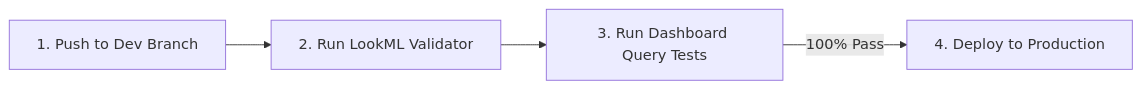
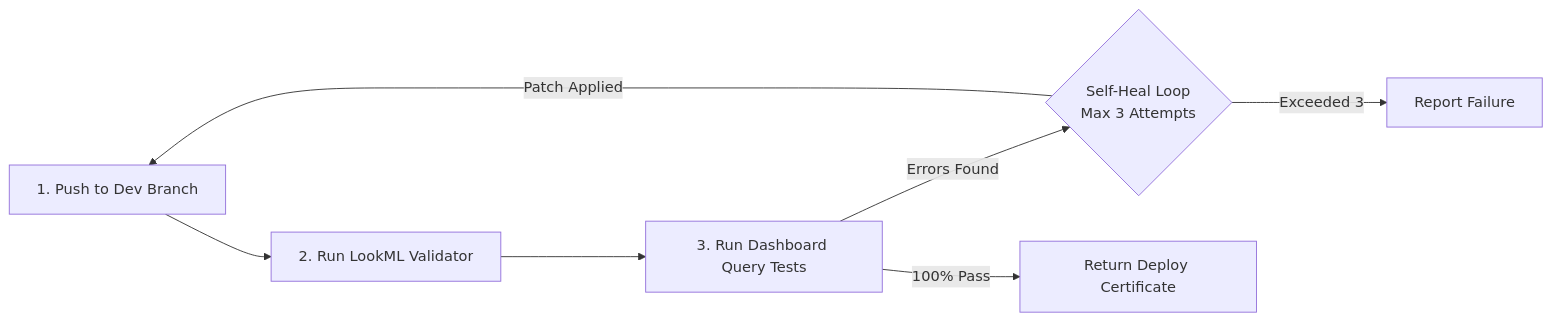
The third of 5 diagrams in skills/looker-demo-orchestrator/SKILL.md (lkrdev/looker-demo-cli), drawn with Mermaid before and after one commit. The commit also changed other lines of this file and 6 other files, not shown here.

Commit message:
feat: subagent flow

````diff
--- a/skills/looker-demo-orchestrator/SKILL.md
+++ b/skills/looker-demo-orchestrator/SKILL.md
@@ -142,6 +208,9 @@
 ```mermaid
 graph LR
     Step1[1. Push to Dev Branch] --> Step2[2. Run LookML Validator]
     Step2 --> Step3[3. Run Dashboard Query Tests]
-    Step3 -->|100% Pass| Step4[4. Deploy to Production]
+    Step3 -->|Errors Found| Heal{Self-Heal Loop<br/>Max 3 Attempts}
+    Heal -->|Patch Applied| Step1
+    Heal -->|Exceeded 3| Fail[Report Failure]
+    Step3 -->|100% Pass| Step4[Return Deploy Certificate]
 ```
````
